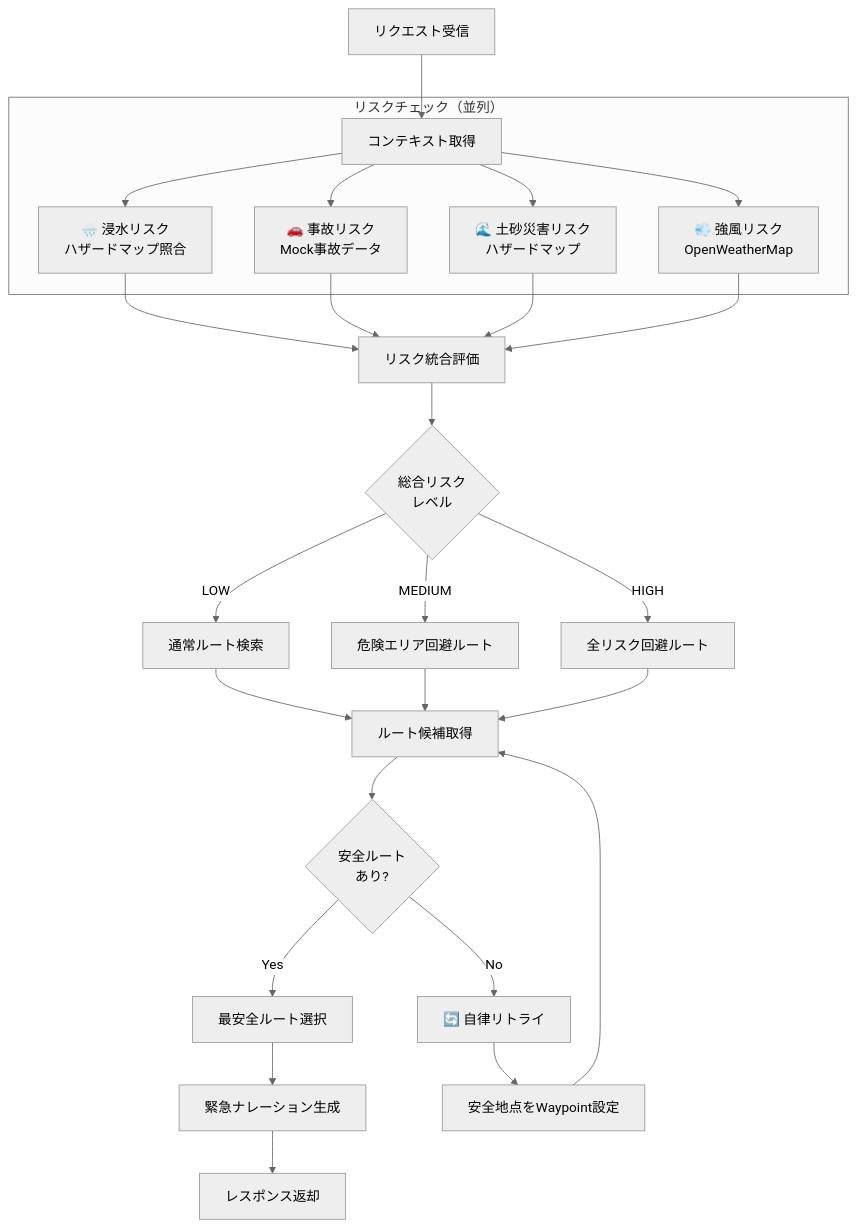
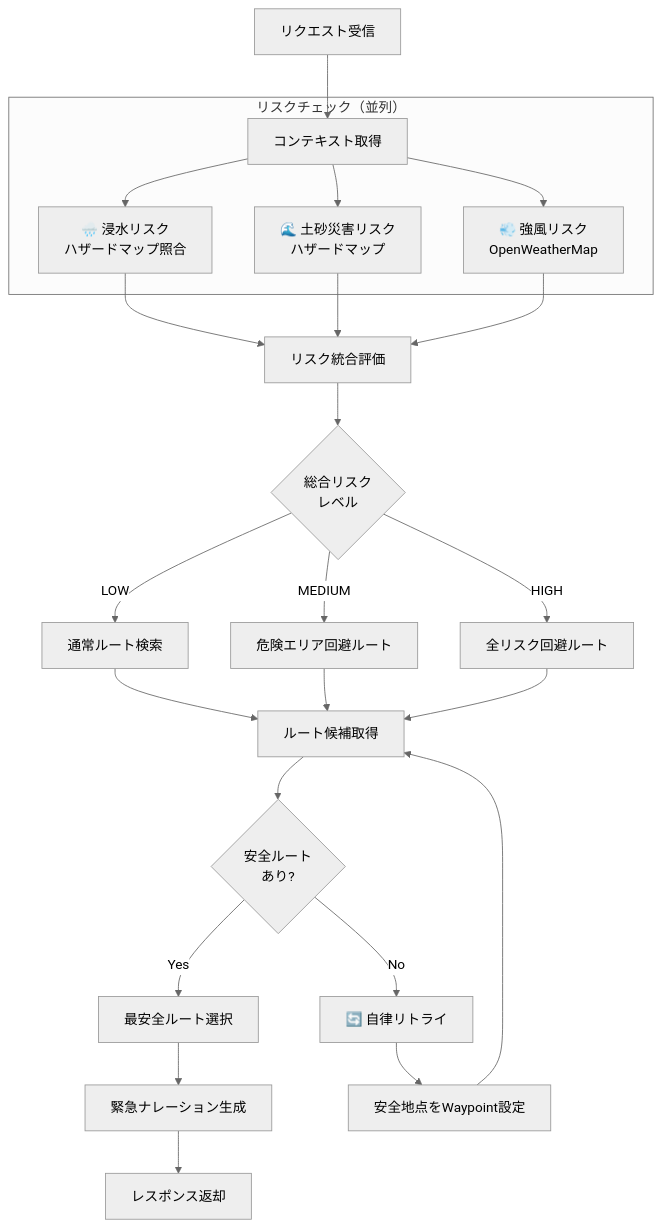
Before and after one commit to Ryg-appdev/safe-routing-ai-navigation: the diagram in Docs/確定/diagrams/06_非常時モード処理フロー.md, drawn with Mermaid (neutral theme). The commit also changed other lines of this file and 1 other file, not shown here.

Commit message:
fix: 事故データを削除、自動モード切り替えをMVPに追加

````diff
--- a/Docs/確定/diagrams/06_非常時モード処理フロー.md
+++ b/Docs/確定/diagrams/06_非常時モード処理フロー.md
@@ -5,36 +5,34 @@
 ```mermaid
 flowchart TD
     A["リクエスト受信"] --> B["コンテキスト取得"]
     
     subgraph RiskCheck["リスクチェック（並列）"]
         B --> R1["🌧️ 浸水リスク<br/>ハザードマップ照合"]
-        B --> R2["🚗 事故リスク<br/>Mock事故データ"]
-        B --> R3["🌊 土砂災害リスク<br/>ハザードマップ"]
-        B --> R4["💨 強風リスク<br/>OpenWeatherMap"]
+        B --> R2["🌊 土砂災害リスク<br/>ハザードマップ"]
+        B --> R3["💨 強風リスク<br/>OpenWeatherMap"]
     end
     
     R1 --> C["リスク統合評価"]
     R2 --> C
     R3 --> C
-    R4 --> C
     
     C --> D{"総合リスク<br/>レベル"}
     
     D -->|"LOW"| E["通常ルート検索"]
     D -->|"MEDIUM"| F["危険エリア回避ルート"]
     D -->|"HIGH"| G["全リスク回避ルート"]
     
     E --> H["ルート候補取得"]
     F --> H
     G --> H
     
     H --> I{"安全ルート<br/>あり?"}
     I -->|"Yes"| J["最安全ルート選択"]
     I -->|"No"| K["🔄 自律リトライ"]
     
     K --> L["安全地点をWaypoint設定"]
     L --> H
     
     J --> M["緊急ナレーション生成"]
     M --> N["レスポンス返却"]
 ```
````
